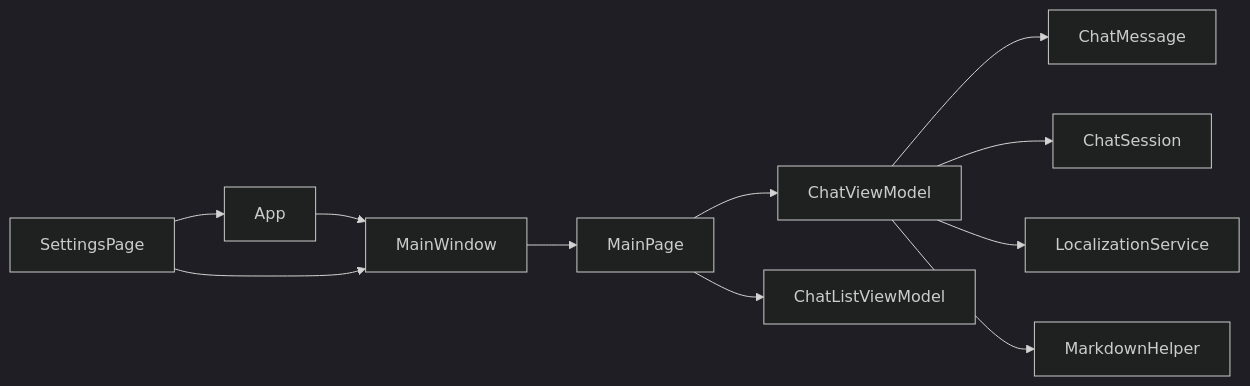
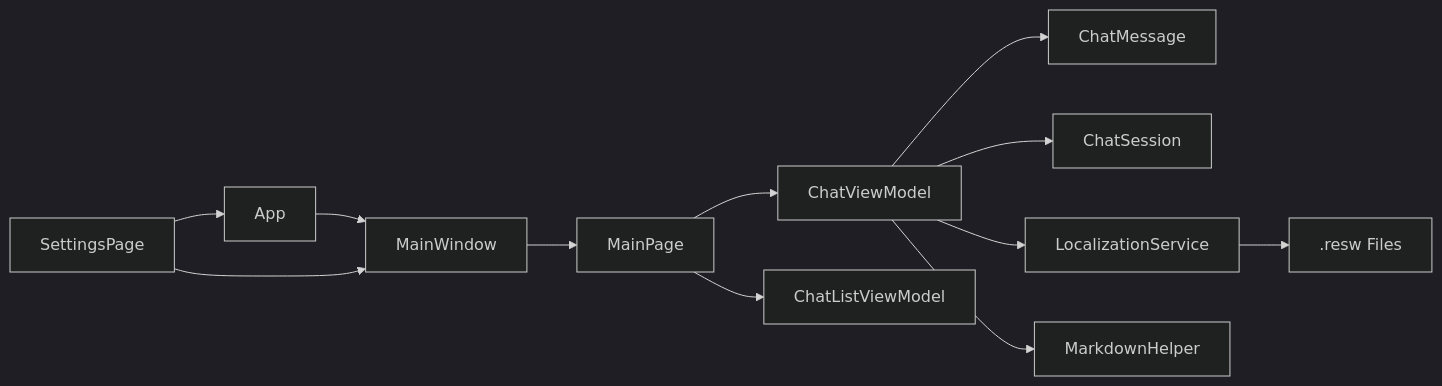
The ninth of 9 diagrams in .qoder/repowiki/en/content/Architecture Overview/UI Framework and Navigation.md (AgenticDesktop/App), drawn with Mermaid (dark theme) before and after one commit. The commit also changed other lines of this file and 22 other files, not shown here.

````diff
--- a/.qoder/repowiki/en/content/Architecture Overview/UI Framework and Navigation.md
+++ b/.qoder/repowiki/en/content/Architecture Overview/UI Framework and Navigation.md
@@ -327,13 +360,14 @@
 ```mermaid
 graph LR
 App["App"] --> MainWindow["MainWindow"]
 MainWindow --> MainPage["MainPage"]
 MainPage --> ChatViewModel["ChatViewModel"]
 MainPage --> ChatListViewModel["ChatListViewModel"]
 ChatViewModel --> ChatMessage["ChatMessage"]
 ChatViewModel --> ChatSession["ChatSession"]
 ChatViewModel --> LocalizationService["LocalizationService"]
 ChatViewModel --> MarkdownHelper["MarkdownHelper"]
 SettingsPage["SettingsPage"] --> App
 SettingsPage --> MainWindow
+LocalizationService --> Resources[".resw Files"]
 ```
````
